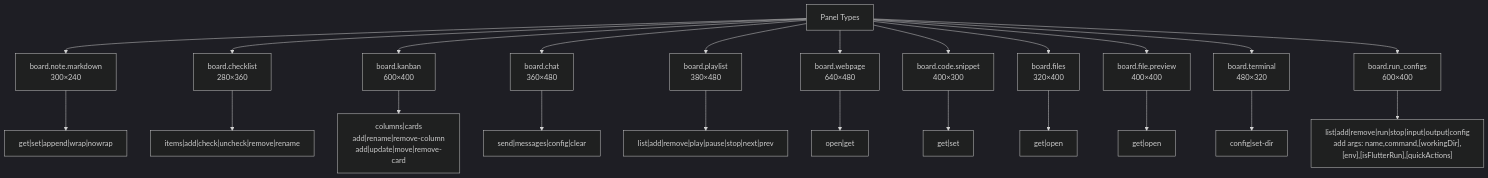
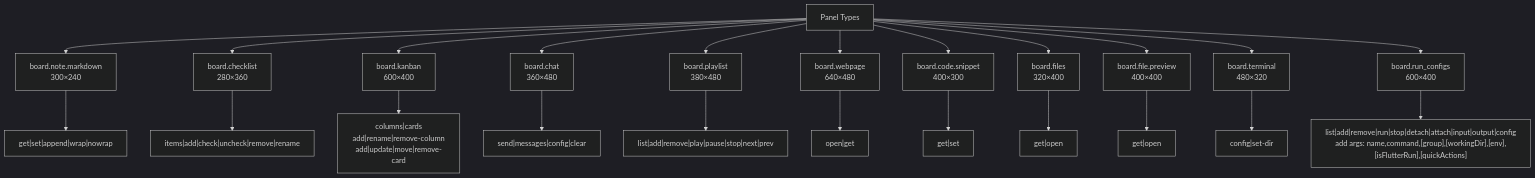
The second of 5 diagrams in docs/cli-mermaid.md (IstiN/yoloit), drawn with Mermaid (dark theme) before and after one commit. The commit also changed other lines of this file and 38 other files, not shown here.

````diff
--- a/docs/cli-mermaid.md
+++ b/docs/cli-mermaid.md
@@ -42,28 +42,28 @@
 ```mermaid
 graph TD
     Panel_Types["Panel Types"]
 
     Panel_Types --> Note["board.note.markdown<br>300×240"]
     Panel_Types --> Checklist["board.checklist<br>280×360"]
     Panel_Types --> Kanban["board.kanban<br>600×400"]
     Panel_Types --> Chat["board.chat<br>360×480"]
     Panel_Types --> Playlist["board.playlist<br>380×480"]
     Panel_Types --> Webpage["board.webpage<br>640×480"]
     Panel_Types --> Code["board.code.snippet<br>400×300"]
     Panel_Types --> Files["board.files<br>320×400"]
     Panel_Types --> FilePreview["board.file.preview<br>400×400"]
     Panel_Types --> Terminal["board.terminal<br>480×320"]
     Panel_Types --> Run["board.run_configs<br>600×400"]
 
     Note --> note_actions["get|set|append|wrap|nowrap"]
     Checklist --> list_actions["items|add|check|uncheck|remove|rename"]
     Kanban --> kanban_actions["columns|cards<br>add|rename|remove-column<br>add|update|move|remove-card"]
     Chat --> chat_actions["send|messages|config|clear"]
     Playlist --> play_actions["list|add|remove|play|pause|stop|next|prev"]
     Webpage --> web_actions["open|get"]
     Code --> code_actions["get|set"]
     Files --> files_actions["get|open"]
     FilePreview --> file_preview_actions["get|open"]
     Terminal --> term_actions["config|set-dir"]
-    Run --> run_actions["list|add|remove|run|stop|input|output|config<br>add args: name,command,[workingDir],[env],[isFlutterRun],[quickActions]"]
+    Run --> run_actions["list|add|remove|run|stop|detach|attach|input|output|config<br>add args: name,command,[group],[workingDir],[env],[isFlutterRun],[quickActions]"]
 ```
````
